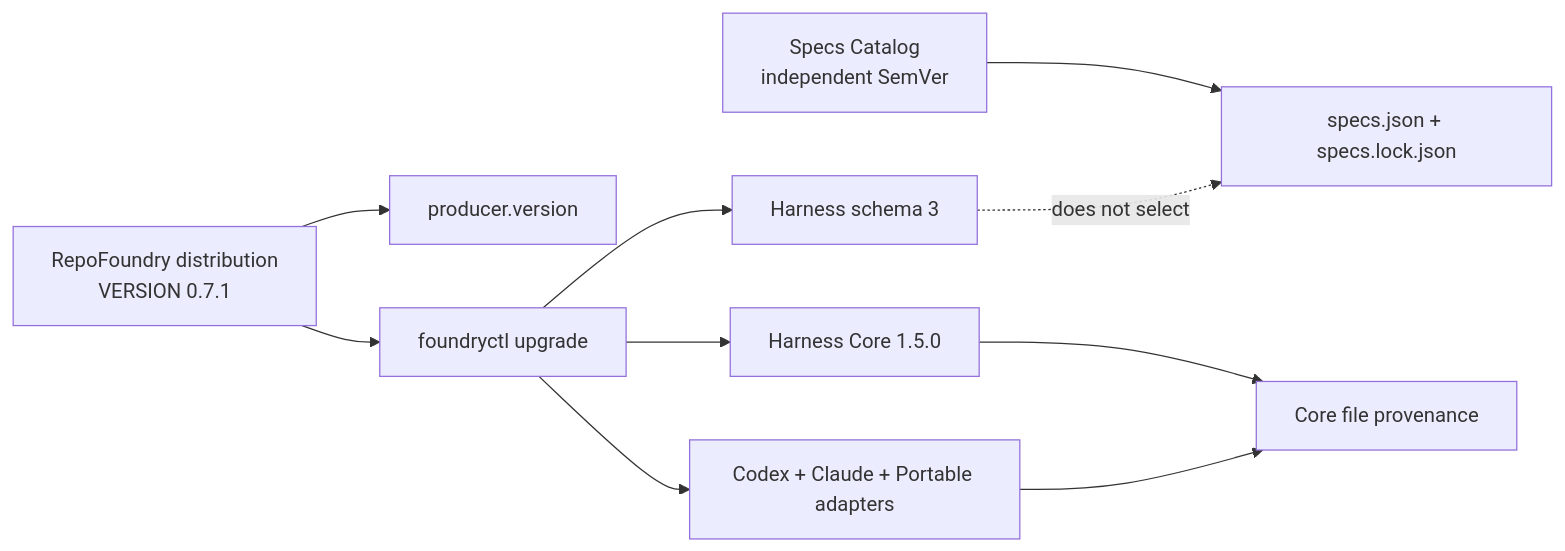
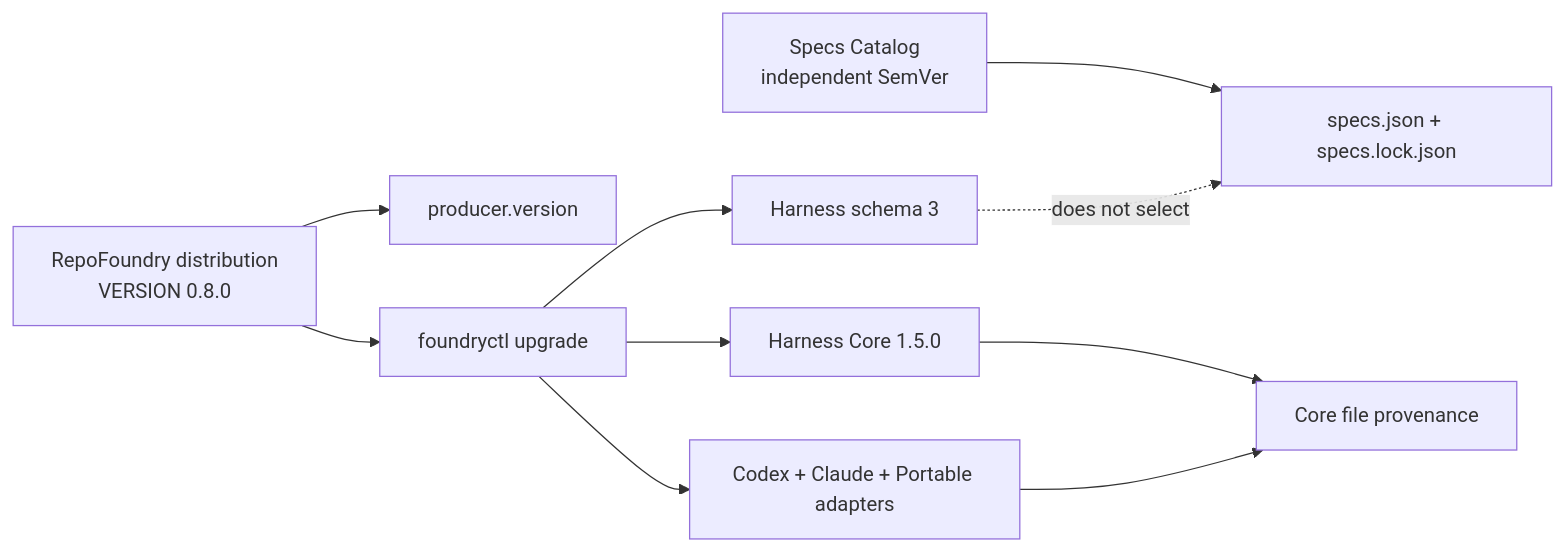
The first of 3 diagrams in docs/design-docs/repo-foundry-versioning-and-migrations.md (XiaoWeiKIN/RepoFoundryAI), drawn with Mermaid before and after one commit. The commit also changed other lines of this file and 31 other files, not shown here.

````diff
--- a/docs/design-docs/repo-foundry-versioning-and-migrations.md
+++ b/docs/design-docs/repo-foundry-versioning-and-migrations.md
@@ -116,12 +122,12 @@
 ```mermaid
 flowchart LR
-    D["RepoFoundry distribution<br/>VERSION 0.7.1"] --> P["producer.version"]
+    D["RepoFoundry distribution<br/>VERSION 0.8.0"] --> P["producer.version"]
     D --> U["foundryctl upgrade"]
     U --> H["Harness schema 3"]
     U --> C["Harness Core 1.5.0"]
     U --> A["Codex + Claude + Portable adapters"]
     C --> F["Core file provenance"]
     A --> F
     S["Specs Catalog<br/>independent SemVer"] --> L["specs.json + specs.lock.json"]
     H -.->|"does not select"| L
 ```
````
